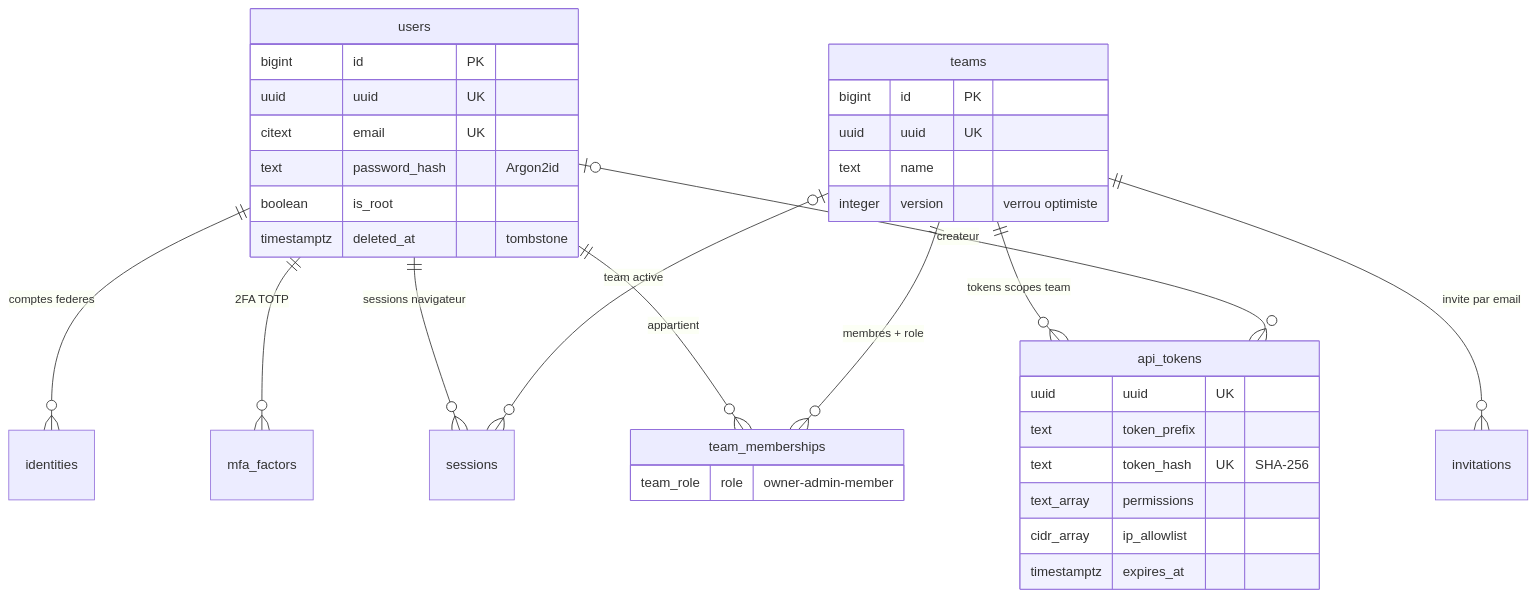
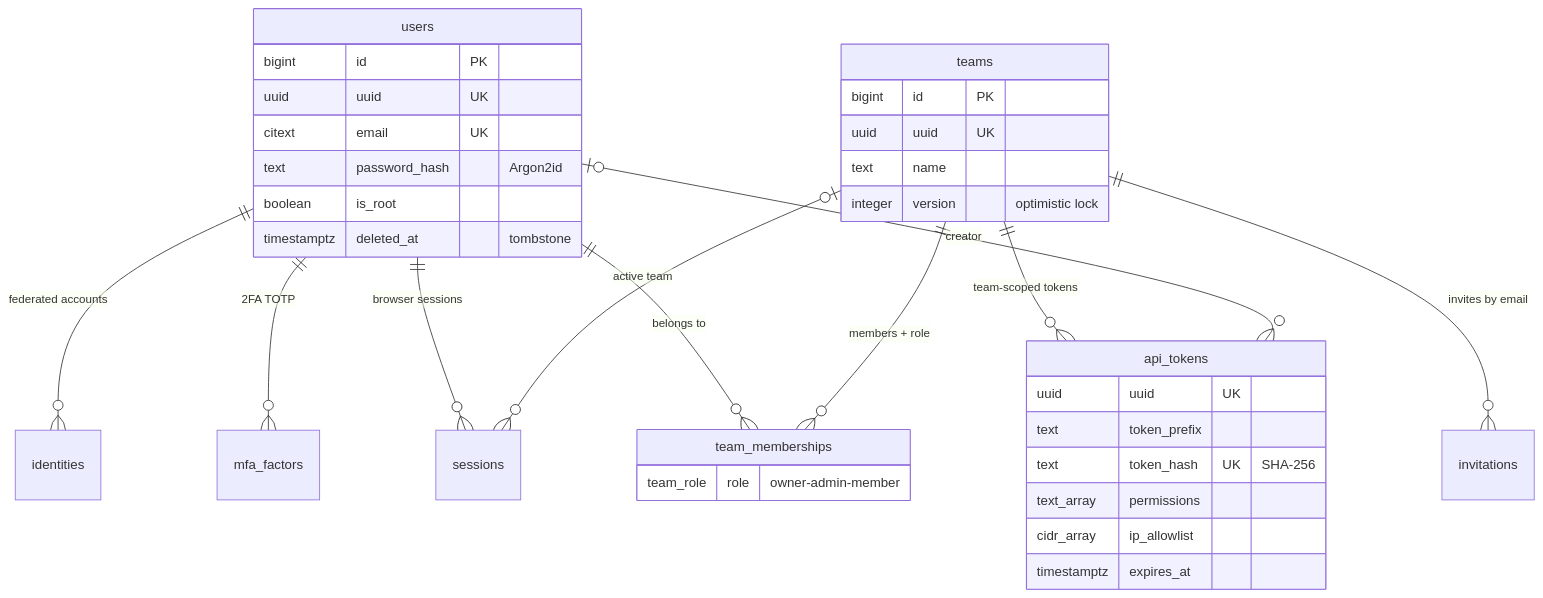
The second of 9 diagrams in docs/specs/erd.md (deepteams/akerdock), drawn with Mermaid before and after one commit. The commit also changed other lines of this file and 34 other files, not shown here.

````diff
--- a/docs/specs/erd.md
+++ b/docs/specs/erd.md
@@ -39,38 +39,38 @@
 ```mermaid
 erDiagram
-    users ||--o{ identities : "comptes federes"
+    users ||--o{ identities : "federated accounts"
     users ||--o{ mfa_factors : "2FA TOTP"
-    users ||--o{ sessions : "sessions navigateur"
-    users ||--o{ team_memberships : "appartient"
-    teams ||--o{ team_memberships : "membres + role"
-    teams ||--o{ invitations : "invite par email"
-    teams ||--o{ api_tokens : "tokens scopes team"
-    teams |o--o{ sessions : "team active"
-    users |o--o{ api_tokens : "createur"
+    users ||--o{ sessions : "browser sessions"
+    users ||--o{ team_memberships : "belongs to"
+    teams ||--o{ team_memberships : "members + role"
+    teams ||--o{ invitations : "invites by email"
+    teams ||--o{ api_tokens : "team-scoped tokens"
+    teams |o--o{ sessions : "active team"
+    users |o--o{ api_tokens : "creator"
 
     users {
         bigint id PK
         uuid uuid UK
         citext email UK
         text password_hash "Argon2id"
         boolean is_root
         timestamptz deleted_at "tombstone"
     }
     teams {
         bigint id PK
         uuid uuid UK
         text name
-        integer version "verrou optimiste"
+        integer version "optimistic lock"
     }
     api_tokens {
         uuid uuid UK
         text token_prefix
         text token_hash UK "SHA-256"
         text_array permissions
         cidr_array ip_allowlist
         timestamptz expires_at
     }
     team_memberships {
         team_role role "owner-admin-member"
     }
 ```
````
